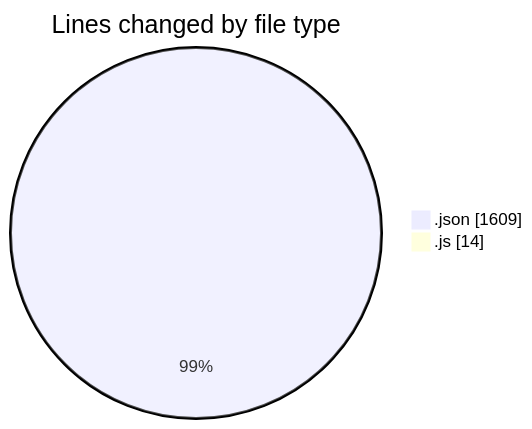
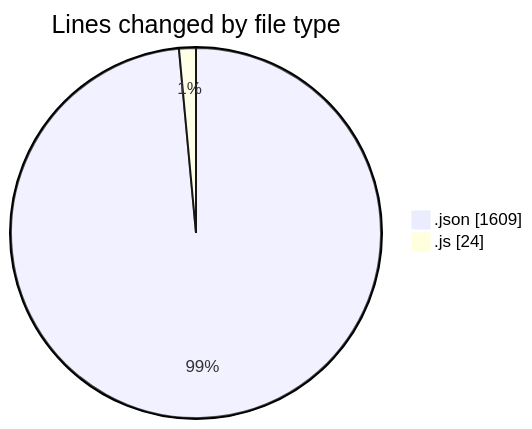
One commit to nxtqubesakshisongat/code-tracking changed the first of 2 diagrams in 2026-02-13/graphql/README.md. Above: the diagram before and after it, drawn with Mermaid. The commit also changed other lines of this file and 1 other file, not shown here.

````diff
--- a/2026-02-13/graphql/README.md
+++ b/2026-02-13/graphql/README.md
@@ -22,6 +22,6 @@
 ```mermaid
 pie showData
 title Lines changed by file type
 ".json" : 1609
-".js" : 14
+".js" : 24
 ```
````
